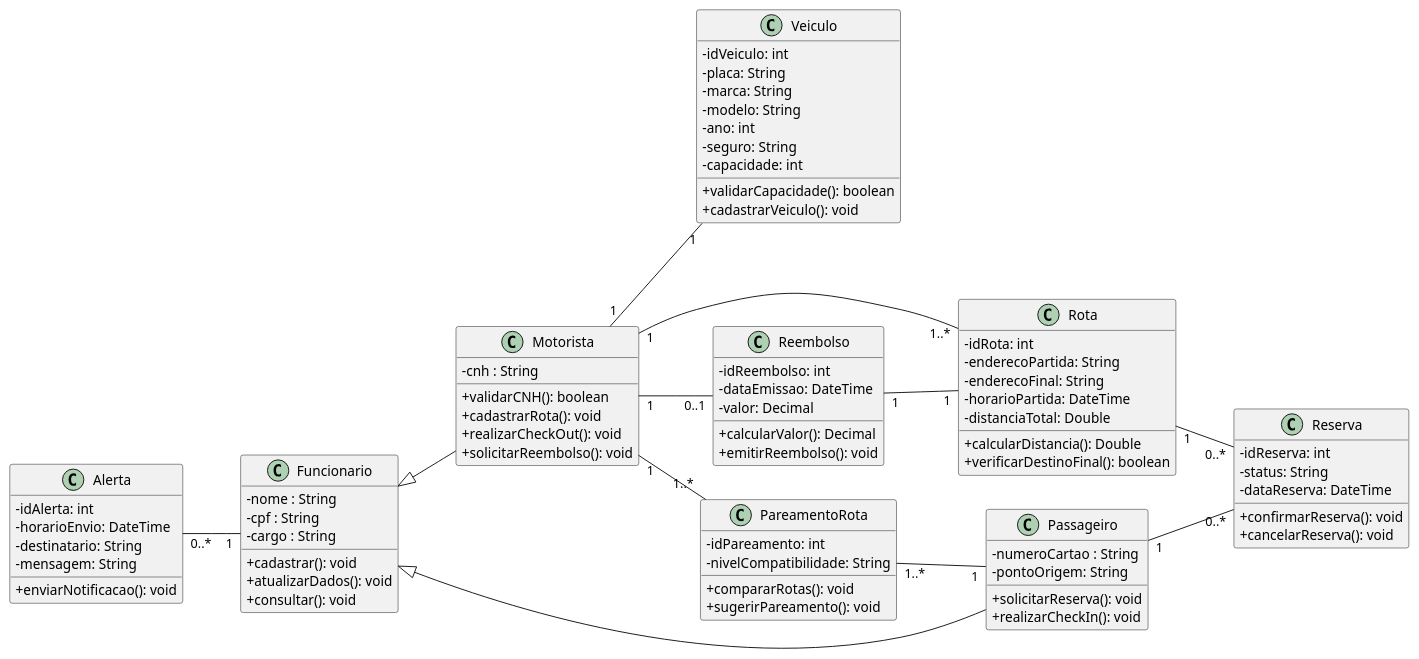
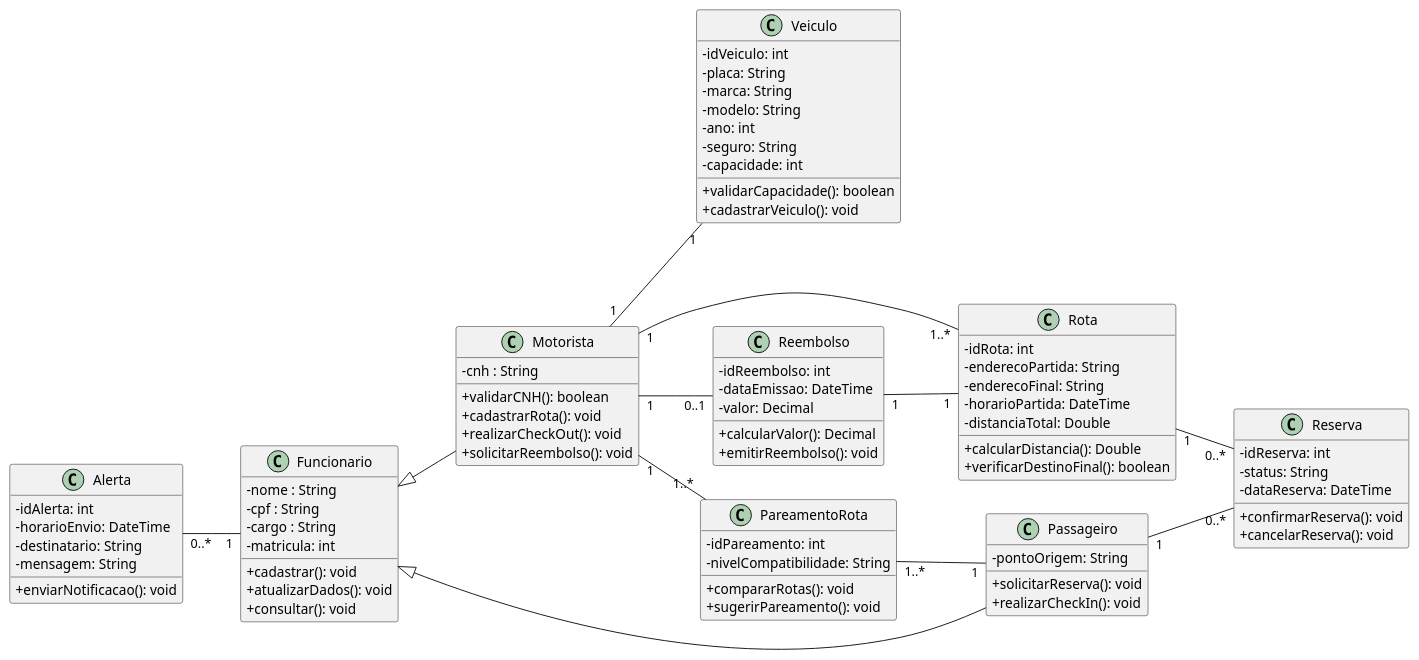
The diagram in diagramaDeClasse.puml (AnaBeatrizA-Silva/CaronaCorporativa_EngSof), drawn with PlantUML before and after one commit.

Commit message:
Ajustado a classe Passageiros

```diff
--- a/diagramaDeClasse.puml
+++ b/diagramaDeClasse.puml
@@ -1,106 +1,106 @@
 @startuml Diagrama de Classe
 
 skinparam classAttributeIconSize 0
 left to right direction
 
 class Funcionario {
     - nome : String
     - cpf : String
     - cargo : String
+    - matricula: int
 
     + cadastrar(): void
     + atualizarDados(): void
     + consultar(): void
 }
 
 class Motorista {
     - cnh : String
 
     + validarCNH(): boolean
     + cadastrarRota(): void
     + realizarCheckOut(): void
     + solicitarReembolso(): void
 }
 
 class Passageiro {
-    - numeroCartao : String
     - pontoOrigem: String
 
     + solicitarReserva(): void
     + realizarCheckIn(): void
 }
 
 class Veiculo {
     - idVeiculo: int
     - placa: String
     - marca: String
     - modelo: String
     - ano: int
     - seguro: String
     - capacidade: int
 
     + validarCapacidade(): boolean
     + cadastrarVeiculo(): void
 }
 
 class Rota {
     - idRota: int
     - enderecoPartida: String
     - enderecoFinal: String
     - horarioPartida: DateTime
     - distanciaTotal: Double
 
     + calcularDistancia(): Double
     + verificarDestinoFinal(): boolean
 }
 
 class Reserva {
     - idReserva: int
     - status: String
     - dataReserva: DateTime
 
     + confirmarReserva(): void
     + cancelarReserva(): void
 }
 
 class Reembolso {
     - idReembolso: int
     - dataEmissao: DateTime
     - valor: Decimal
 
     + calcularValor(): Decimal
     + emitirReembolso(): void
 }
 
 class PareamentoRota {
     - idPareamento: int
     - nivelCompatibilidade: String
 
     + compararRotas(): void
     + sugerirPareamento(): void
 }
 
 class Alerta {
     - idAlerta: int
     - horarioEnvio: DateTime
     - destinatario: String
     - mensagem: String
 
     + enviarNotificacao(): void
 }
 
 
 Funcionario <|-- Motorista
 Funcionario <|-- Passageiro
 Motorista "1" -- "1" Veiculo 
 Motorista "1" -- "1..*" Rota 
 Rota "1" -- "0..*" Reserva  
 Passageiro "1" -- "0..*" Reserva 
 Motorista "1" -- "0..1" Reembolso
 Reembolso "1" -- "1" Rota 
 Motorista "1" -- "1..*" PareamentoRota 
 PareamentoRota "1..*" -- "1" Passageiro
 Alerta "0..*" -- "1" Funcionario 
 
 
 @enduml
```
